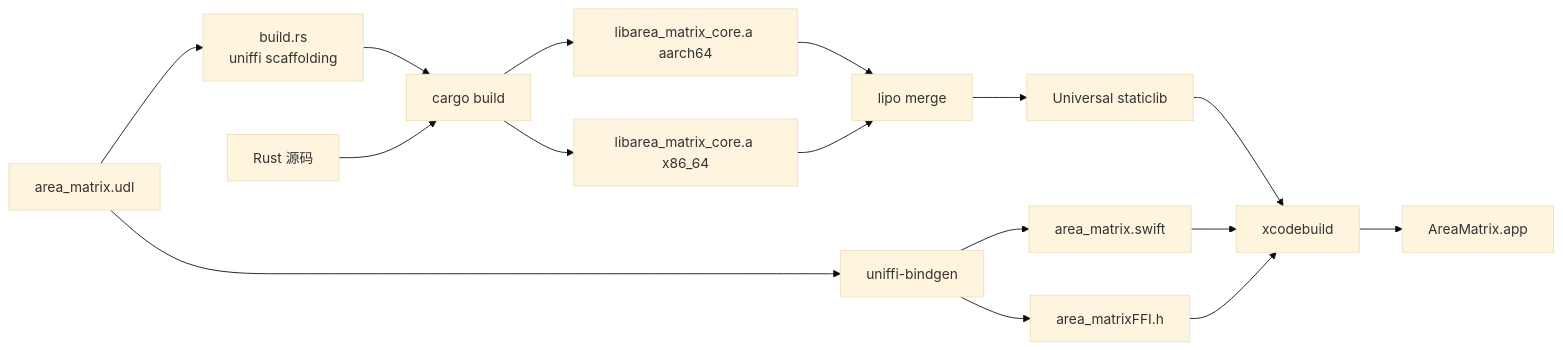
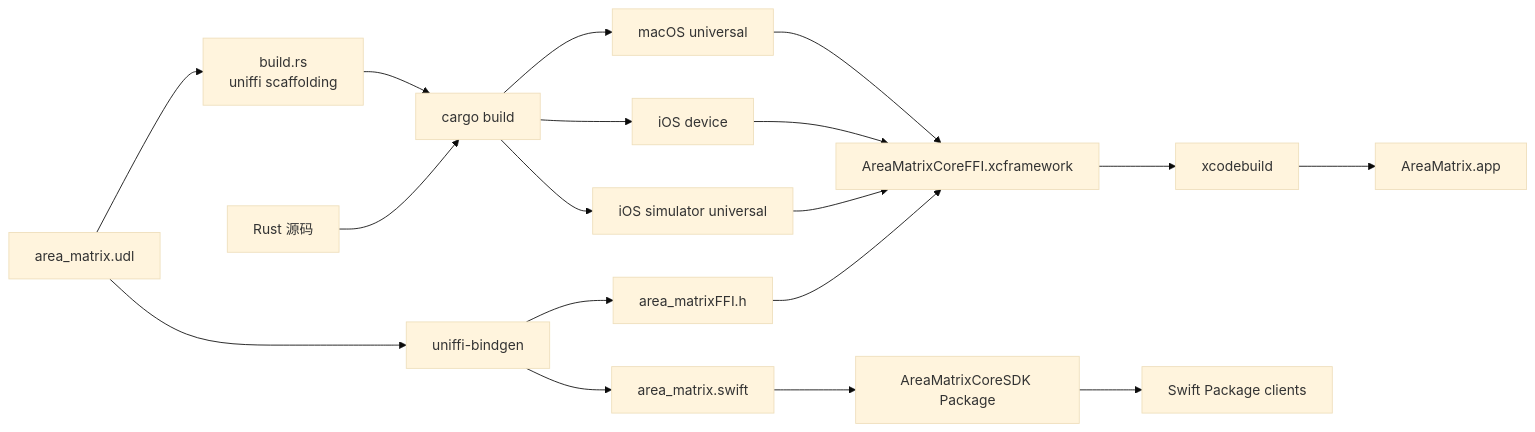
The diagram in docs/development/build.md (AreaSong/AreaMatrix), drawn with Mermaid (base theme) before and after one commit. The commit also changed other lines of this file and 103 other files, not shown here.

````diff
--- a/docs/development/build.md
+++ b/docs/development/build.md
@@ -11,20 +11,22 @@
 ```mermaid
 flowchart LR
     UDL[area_matrix.udl]
     RS[Rust 源码]
     UDL --> Scaffold[build.rs<br/>uniffi scaffolding]
     Scaffold --> Cargo
     RS --> Cargo[cargo build]
-    Cargo --> ARM[libarea_matrix_core.a aarch64]
-    Cargo --> X86[libarea_matrix_core.a x86_64]
-    ARM --> Lipo[lipo merge]
-    X86 --> Lipo
-    Lipo --> Universal[Universal staticlib]
+    Cargo --> Mac[macOS universal]
+    Cargo --> IOS[iOS device]
+    Cargo --> Sim[iOS simulator universal]
     UDL --> BindGen[uniffi-bindgen]
     BindGen --> SwiftFile[area_matrix.swift]
     BindGen --> Header[area_matrixFFI.h]
-    Universal --> XcodeBuild
-    SwiftFile --> XcodeBuild
-    Header --> XcodeBuild
+    Mac --> XCFramework[AreaMatrixCoreFFI.xcframework]
+    IOS --> XCFramework
+    Sim --> XCFramework
+    SwiftFile --> CoreSDK[AreaMatrixCoreSDK Package]
+    Header --> XCFramework
+    XCFramework --> XcodeBuild
+    CoreSDK --> SwiftPM[Swift Package clients]
     XcodeBuild[xcodebuild] --> App[AreaMatrix.app]
 ```
````
